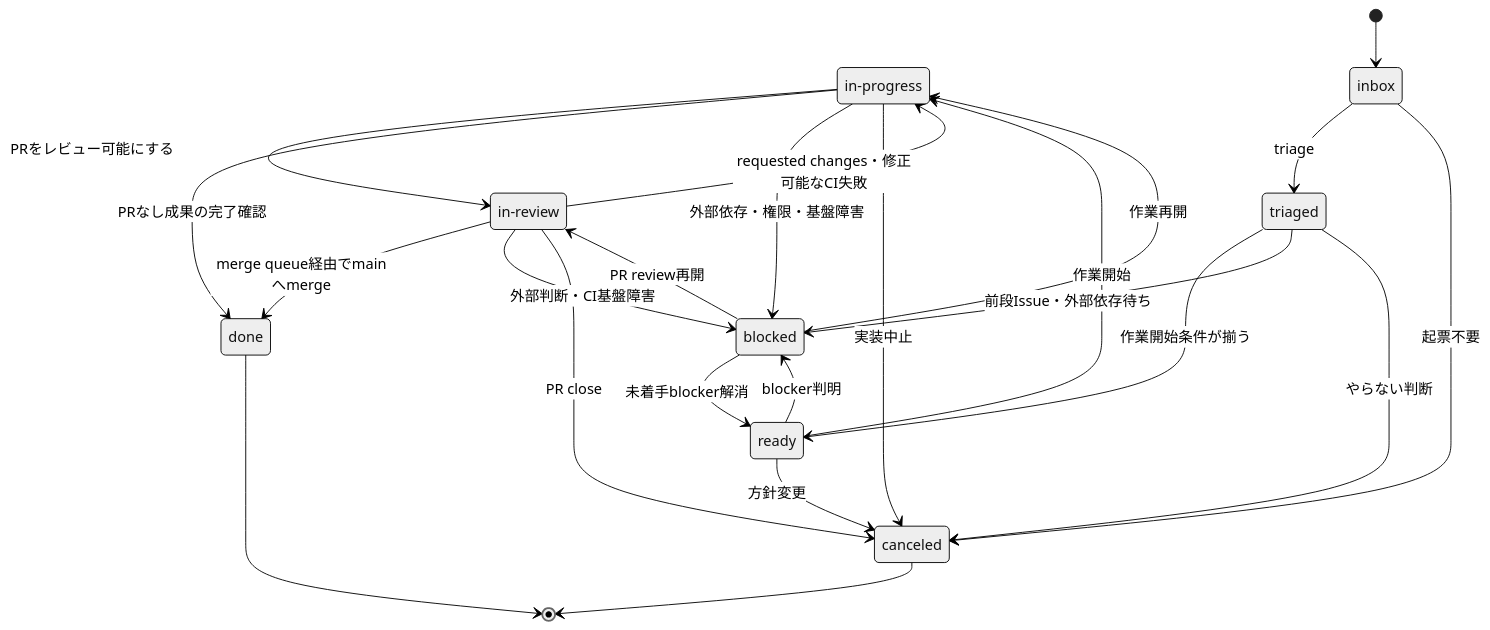
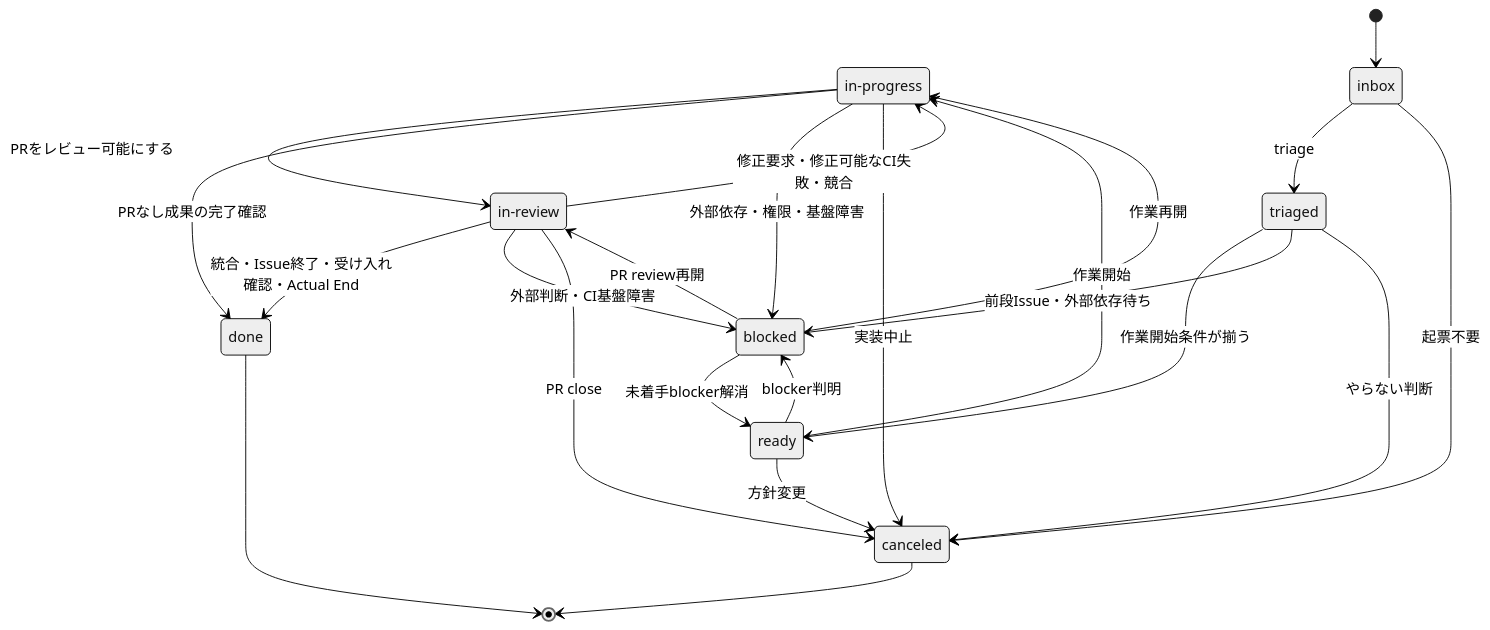
The second of 2 diagrams in github-project-ops/SKILL.md (ReoHakase/skills), drawn with Mermaid (neutral theme) before and after one commit. The commit also changed other lines of this file and 12 other files, not shown here.

````diff
--- a/github-project-ops/SKILL.md
+++ b/github-project-ops/SKILL.md
@@ -199,30 +206,30 @@
 ```mermaid
 stateDiagram-v2
     state "in-progress" as InProgress
     state "in-review" as InReview
 
     [*] --> inbox
     inbox --> triaged: triage
     triaged --> ready: 作業開始条件が揃う
     triaged --> blocked: 前段Issue・外部依存待ち
     ready --> InProgress: 作業開始
     ready --> blocked: blocker判明
     InProgress --> InReview: PRをレビュー可能にする
     InProgress --> done: PRなし成果の完了確認
     InProgress --> blocked: 外部依存・権限・基盤障害
-    InReview --> done: merge queue経由でmainへmerge
-    InReview --> InProgress: requested changes・修正可能なCI失敗
+    InReview --> done: 統合・Issue終了・受け入れ確認・Actual End
+    InReview --> InProgress: 修正要求・修正可能なCI失敗・競合
     InReview --> blocked: 外部判断・CI基盤障害
 
     blocked --> ready: 未着手blocker解消
     blocked --> InProgress: 作業再開
     blocked --> InReview: PR review再開
 
     inbox --> canceled: 起票不要
     triaged --> canceled: やらない判断
     ready --> canceled: 方針変更
     InProgress --> canceled: 実装中止
     InReview --> canceled: PR close
     done --> [*]
     canceled --> [*]
 ```
````
